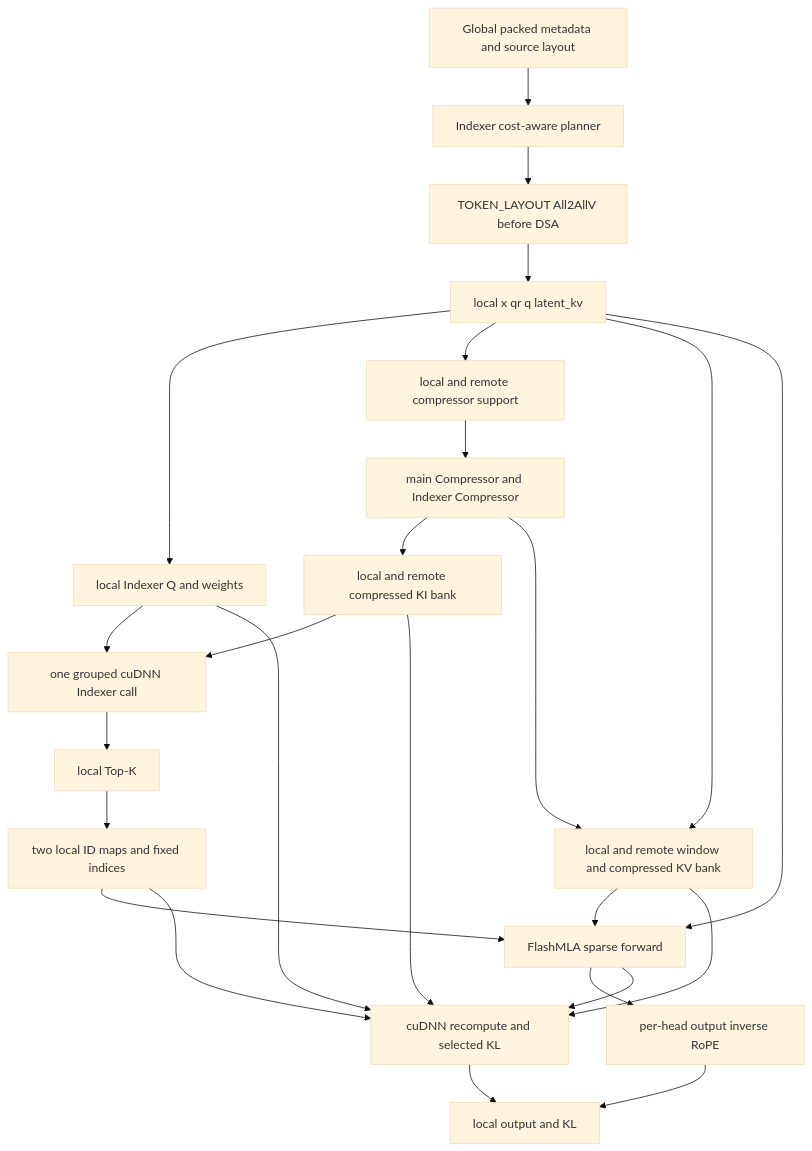
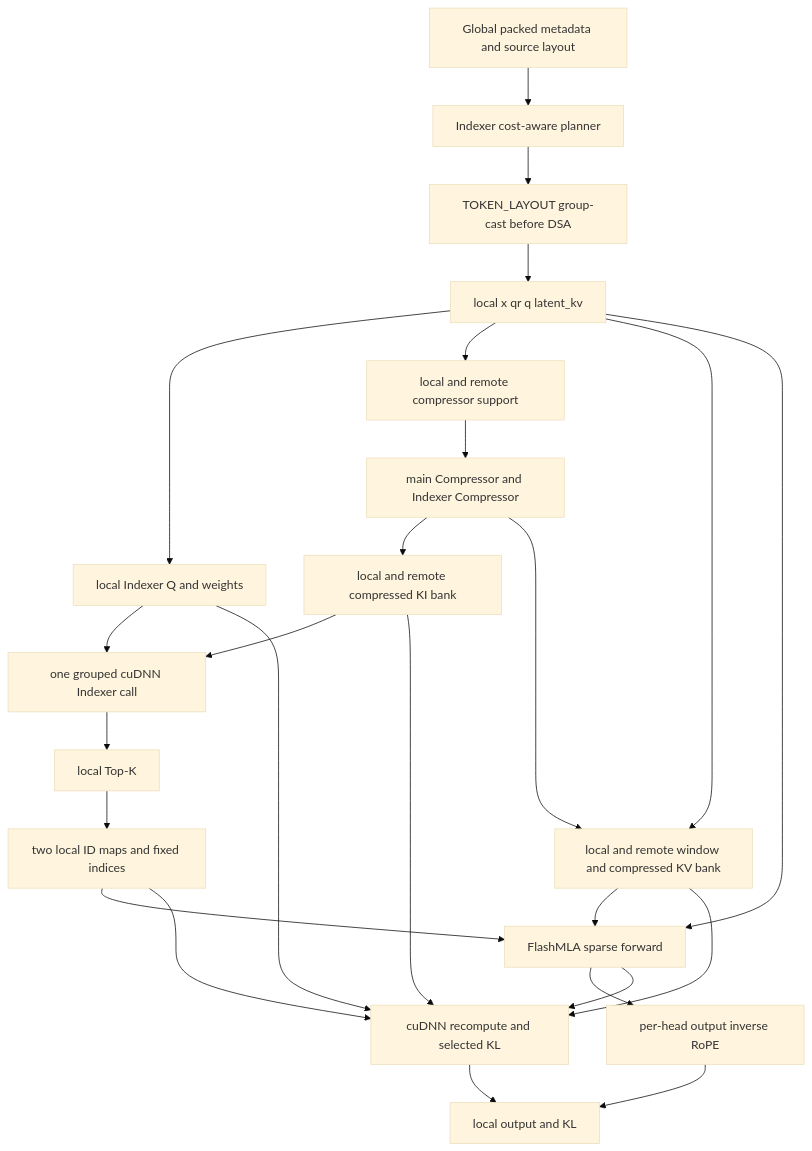
The first of 4 diagrams in extensions/magi_attn_extensions/DSA/docs/design.md (morganwen/MagiAttention), drawn with Mermaid (base theme) before and after one commit. The commit also changed other lines of this file and 22 other files, not shown here.

````diff
--- a/extensions/magi_attn_extensions/DSA/docs/design.md
+++ b/extensions/magi_attn_extensions/DSA/docs/design.md
@@ -146,39 +162,39 @@
 ```mermaid
 flowchart TB
     META["Global packed metadata and source layout"]
     PLAN["Indexer cost-aware planner"]
-    DISP["TOKEN_LAYOUT All2AllV before DSA"]
+    DISP["TOKEN_LAYOUT group-cast before DSA"]
     INPUT["local x qr q latent_kv"]
 
     PROJ["local Indexer Q and weights"]
     SUPPORT["local and remote compressor support"]
     COMP["main Compressor and Indexer Compressor"]
     KIBANK["local and remote compressed KI bank"]
     KVBANK["local and remote window and compressed KV bank"]
     INDEXER["one grouped cuDNN Indexer call"]
     TOPK["local Top-K"]
     MAP["two local ID maps and fixed indices"]
     FLASH["FlashMLA sparse forward"]
     IROPE["per-head output inverse RoPE"]
     KL["cuDNN recompute and selected KL"]
     OUTPUT["local output and KL"]
 
     META --> PLAN --> DISP --> INPUT
     INPUT --> PROJ
     INPUT --> SUPPORT --> COMP
     COMP --> KIBANK
     COMP --> KVBANK
     INPUT --> KVBANK
     PROJ --> INDEXER
     KIBANK --> INDEXER --> TOPK
     TOPK --> MAP
     MAP --> FLASH
     KVBANK --> FLASH
     INPUT --> FLASH --> IROPE --> OUTPUT
     MAP --> KL
     PROJ --> KL
     KIBANK --> KL
     KVBANK --> KL
     FLASH --> KL
     KL --> OUTPUT
 ```
````
